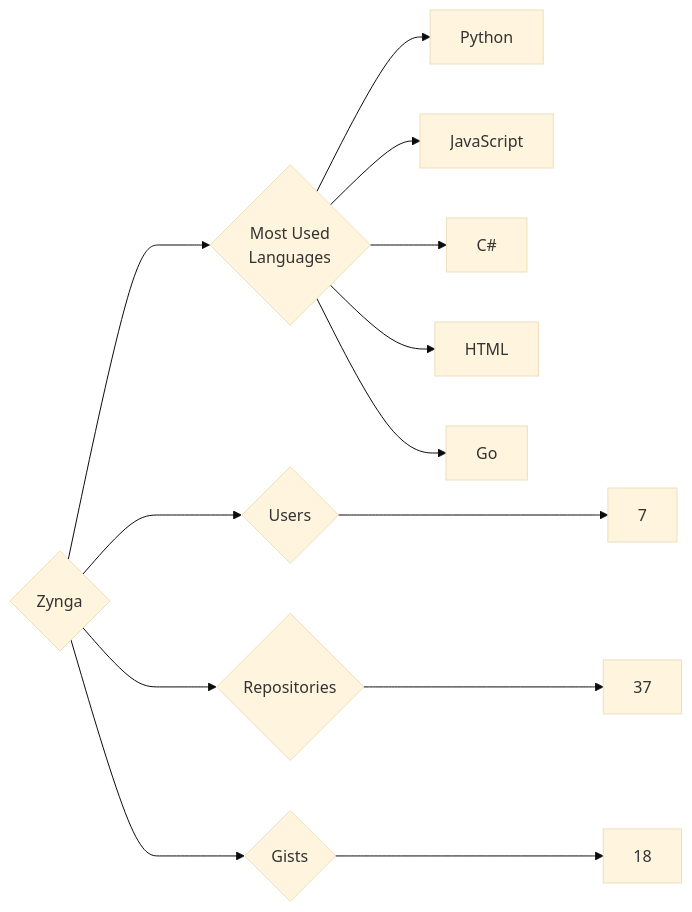
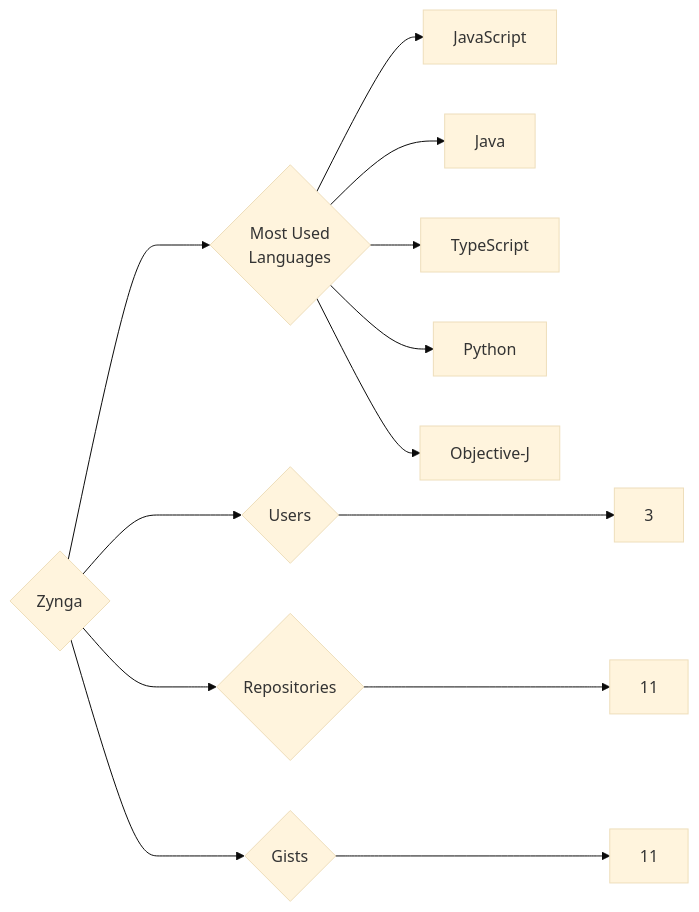
One commit to trickest/insiders changed the diagram in targets/Zynga/README.md. Above: the diagram before and after it, drawn with Mermaid (base theme). The commit also changed 1496 other files, not shown here.

````diff
--- a/targets/Zynga/README.md
+++ b/targets/Zynga/README.md
@@ -3,13 +3,13 @@
 ```mermaid
 graph LR
 COMPANY_NAME{Zynga}
-COMPANY_NAME ---> U{Users} ---> UN[7]
-COMPANY_NAME ---> R{Repositories} ---> RN[37]
-COMPANY_NAME ---> G{Gists} ---> GN[18]
+COMPANY_NAME ---> U{Users} ---> UN[3]
+COMPANY_NAME ---> R{Repositories} ---> RN[11]
+COMPANY_NAME ---> G{Gists} ---> GN[11]
 COMPANY_NAME ---> ML{Most Used<br>Languages}
+ML --> JavaScript[JavaScript]
+ML --> Java[Java]
+ML --> TypeScript[TypeScript]
 ML --> Python[Python]
-ML --> JavaScript[JavaScript]
-ML --> C#[C#]
-ML --> HTML[HTML]
-ML --> Go[Go]
+ML --> Objective-J[Objective-J]
 ```
````
